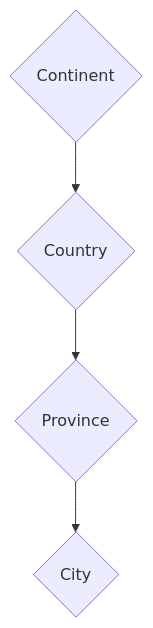
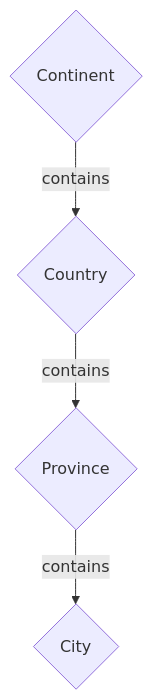
Before and after one commit to Schulich-Ignite/website: the first of 13 diagrams in content/blog/Taxonomical Ordering.md, drawn with Mermaid. The commit also changed other lines of this file and 1 other file, not shown here.

```diff
--- a/content/blog/Taxonomical Ordering.md
+++ b/content/blog/Taxonomical Ordering.md
@@ -29,5 +29,5 @@
 <pre class="mermaid">
 flowchart TD
     a{Continent} & b{Country} & c{Province} & d{City}
-    a --> b -->c --> d
+    a --contains--> b --contains-->c --contains--> d
 </pre>
```
